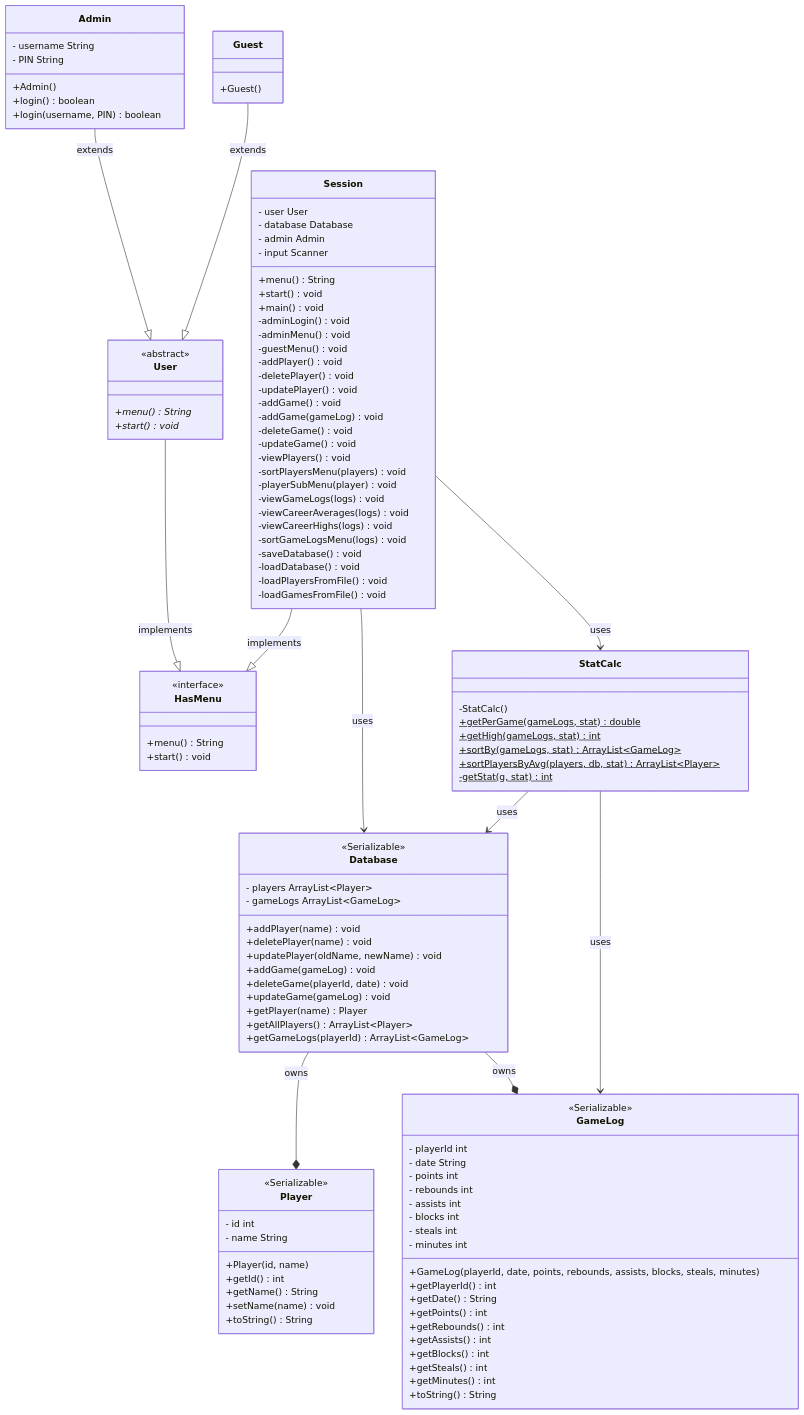
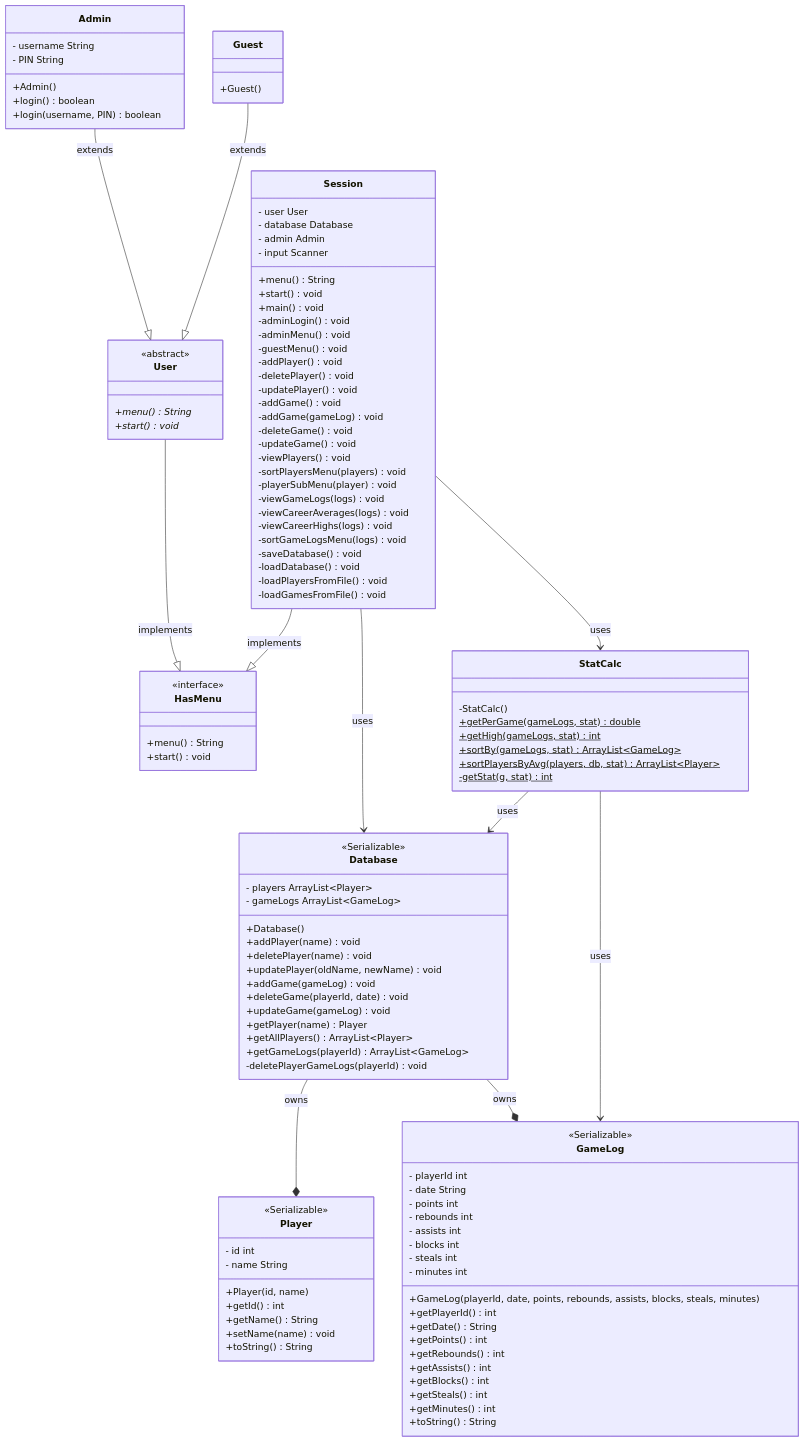
Before and after one commit to tommym-r/cs121finalProject: the diagram in README.md, drawn with Mermaid. The commit also changed other lines of this file, not shown here.

```diff
--- a/README.md
+++ b/README.md
@@ -14,6 +76,7 @@
     <<Serializable>>
     - players ArrayList~Player~
     - gameLogs ArrayList~GameLog~
+    +Database()
     +addPlayer(name) void
     +deletePlayer(name) void
     +updatePlayer(oldName, newName) void
@@ -23,6 +86,7 @@
     +getPlayer(name) Player
     +getAllPlayers() ArrayList~Player~
     +getGameLogs(playerId) ArrayList~GameLog~
+    -deletePlayerGameLogs(playerId) void
 }
 
 class GameLog{
```
